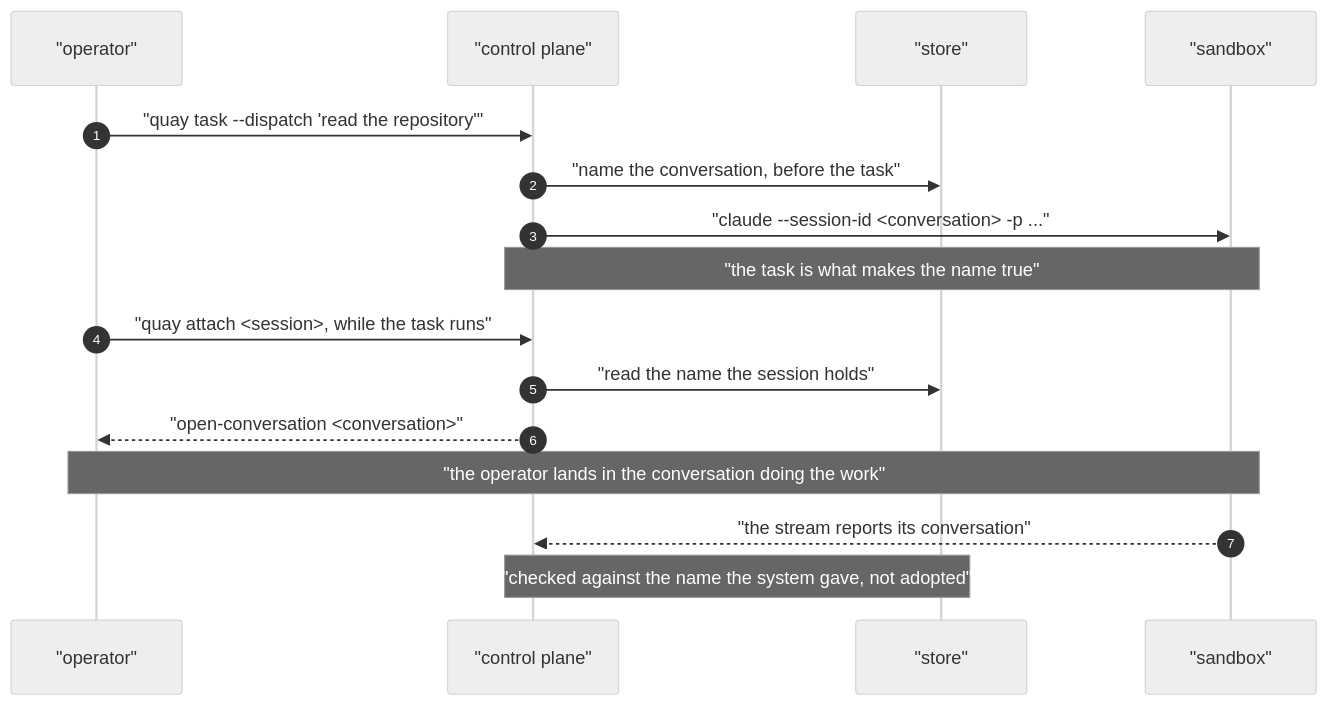
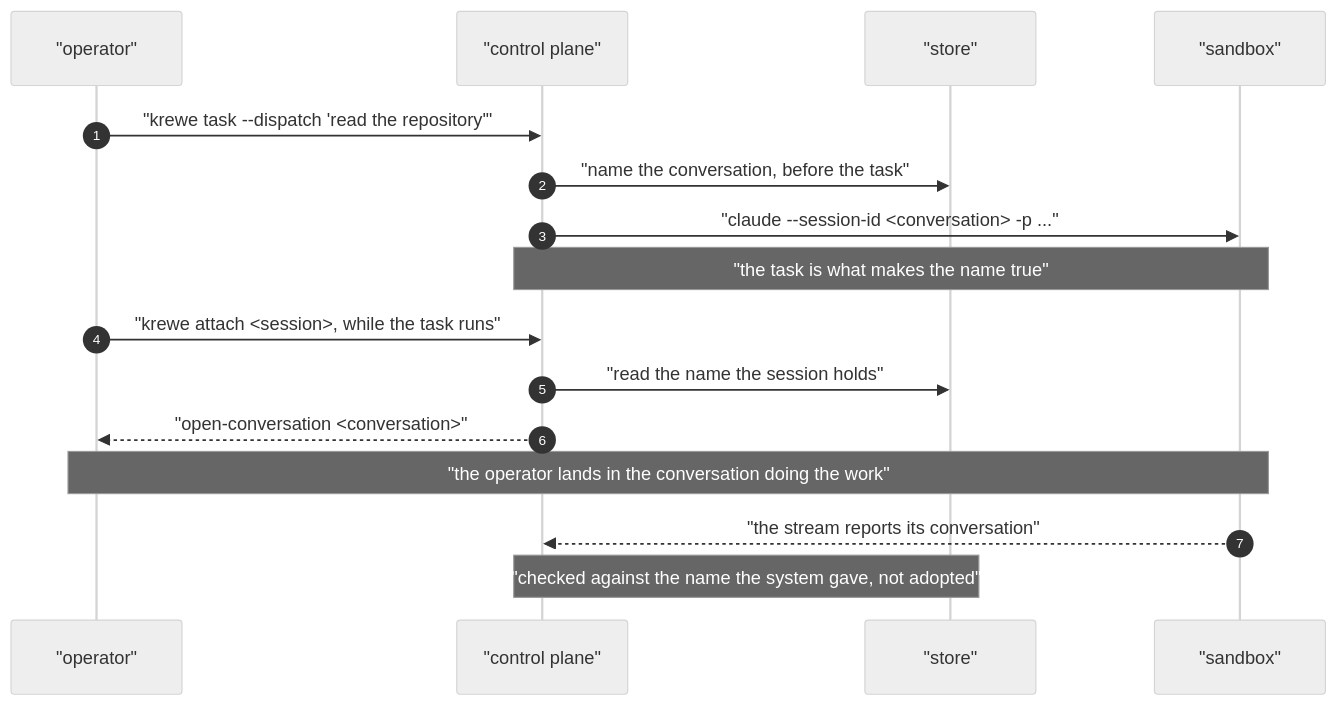
The second of 3 diagrams in docs/SANDBOX.md (atlantic-blue/quay-crew), drawn with Mermaid (neutral theme) before and after one commit. The commit also changed other lines of this file and 27 other files, not shown here.

````diff
--- a/docs/SANDBOX.md
+++ b/docs/SANDBOX.md
@@ -174,19 +174,19 @@
 ```mermaid
 sequenceDiagram
     autonumber
     participant YOU as "operator"
     participant CP as "control plane"
     participant DB as "store"
     participant SBX as "sandbox"
 
-    YOU->>CP: "quay task --dispatch 'read the repository'"
+    YOU->>CP: "krewe task --dispatch 'read the repository'"
     CP->>DB: "name the conversation, before the task"
     CP->>SBX: "claude --session-id <conversation> -p ..."
     Note over CP,SBX: "the task is what makes the name true"
-    YOU->>CP: "quay attach <session>, while the task runs"
+    YOU->>CP: "krewe attach <session>, while the task runs"
     CP->>DB: "read the name the session holds"
     CP-->>YOU: "open-conversation <conversation>"
     Note over YOU,SBX: "the operator lands in the conversation doing the work"
     SBX-->>CP: "the stream reports its conversation"
     Note over CP,DB: "checked against the name the system gave, not adopted"
 ```
````
